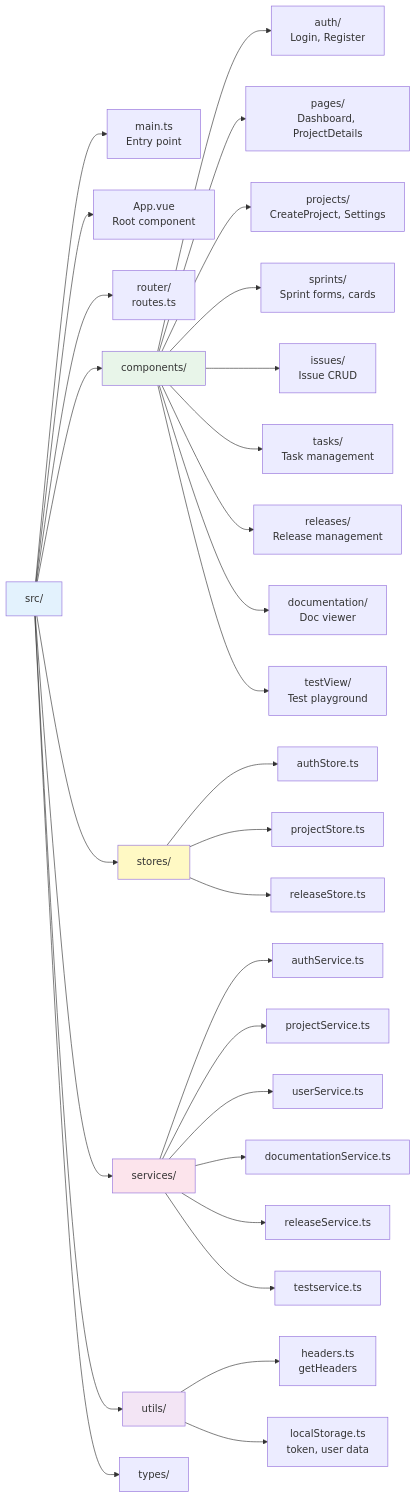
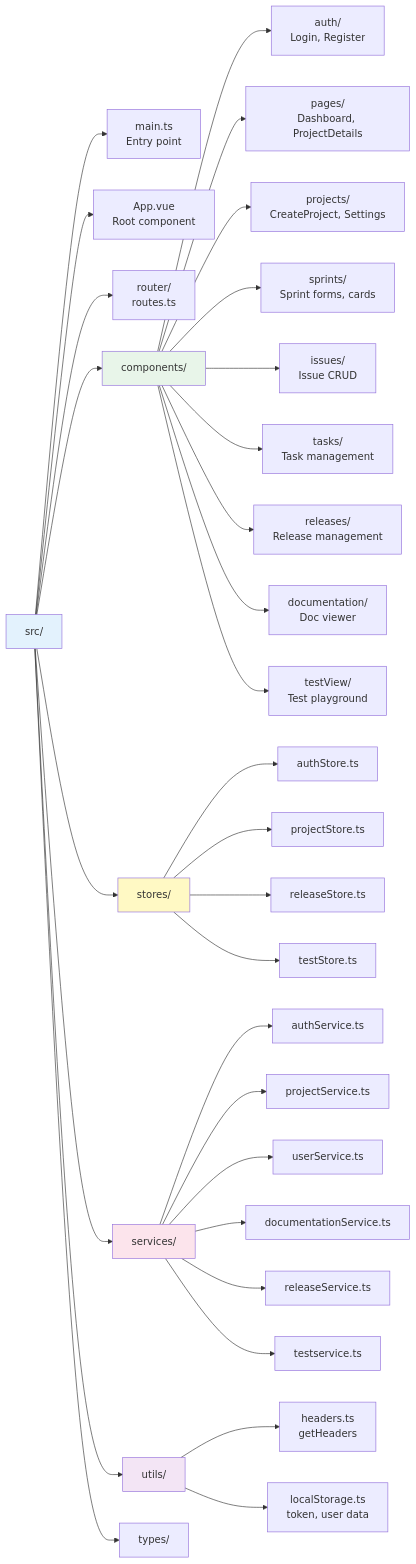
The third of 10 diagrams in frontend/docs/architecture.md (Tourlat/Conduite_de_projet_2025_Dev), drawn with Mermaid before and after one commit. The commit also changed other lines of this file and 4 other files, not shown here.

````diff
--- a/frontend/docs/architecture.md
+++ b/frontend/docs/architecture.md
@@ -153,43 +156,44 @@
 ```mermaid
 graph LR
     src[src/]
     
     src --> main[main.ts<br/>Entry point]
     src --> App[App.vue<br/>Root component]
     src --> router[router/<br/>routes.ts]
     src --> components[components/]
     src --> stores[stores/]
     src --> services[services/]
     src --> utils[utils/]
     src --> types[types/]
     
     components --> auth[auth/<br/>Login, Register]
     components --> pages[pages/<br/>Dashboard, ProjectDetails]
     components --> projects[projects/<br/>CreateProject, Settings]
     components --> sprints[sprints/<br/>Sprint forms, cards]
     components --> issues[issues/<br/>Issue CRUD]
     components --> tasks[tasks/<br/>Task management]
     components --> releases[releases/<br/>Release management]
     components --> docs[documentation/<br/>Doc viewer]
     components --> testView[testView/<br/>Test playground]
     
     stores --> authStore[authStore.ts]
     stores --> projectStore[projectStore.ts]
     stores --> releaseStore[releaseStore.ts]
+    stores --> testStore[testStore.ts]
     
     services --> authService[authService.ts]
     services --> projectService[projectService.ts]
     services --> userService[userService.ts]
     services --> docService[documentationService.ts]
     services --> releaseService[releaseService.ts]
     services --> testService[testservice.ts]
     
     utils --> headers[headers.ts<br/>getHeaders]
     utils --> localStorage[localStorage.ts<br/>token, user data]
     
     style src fill:#e3f2fd
     style components fill:#e8f5e9
     style stores fill:#fff9c4
     style services fill:#fce4ec
     style utils fill:#f3e5f5
 ```
````
